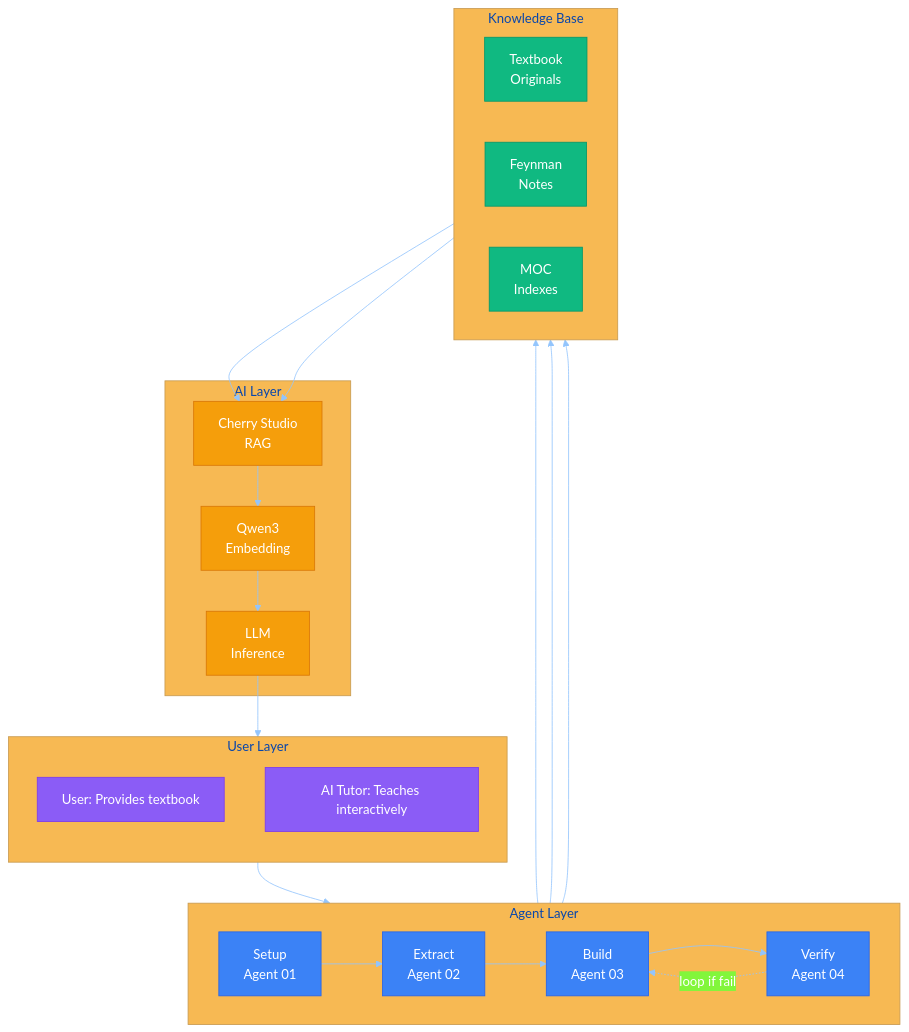
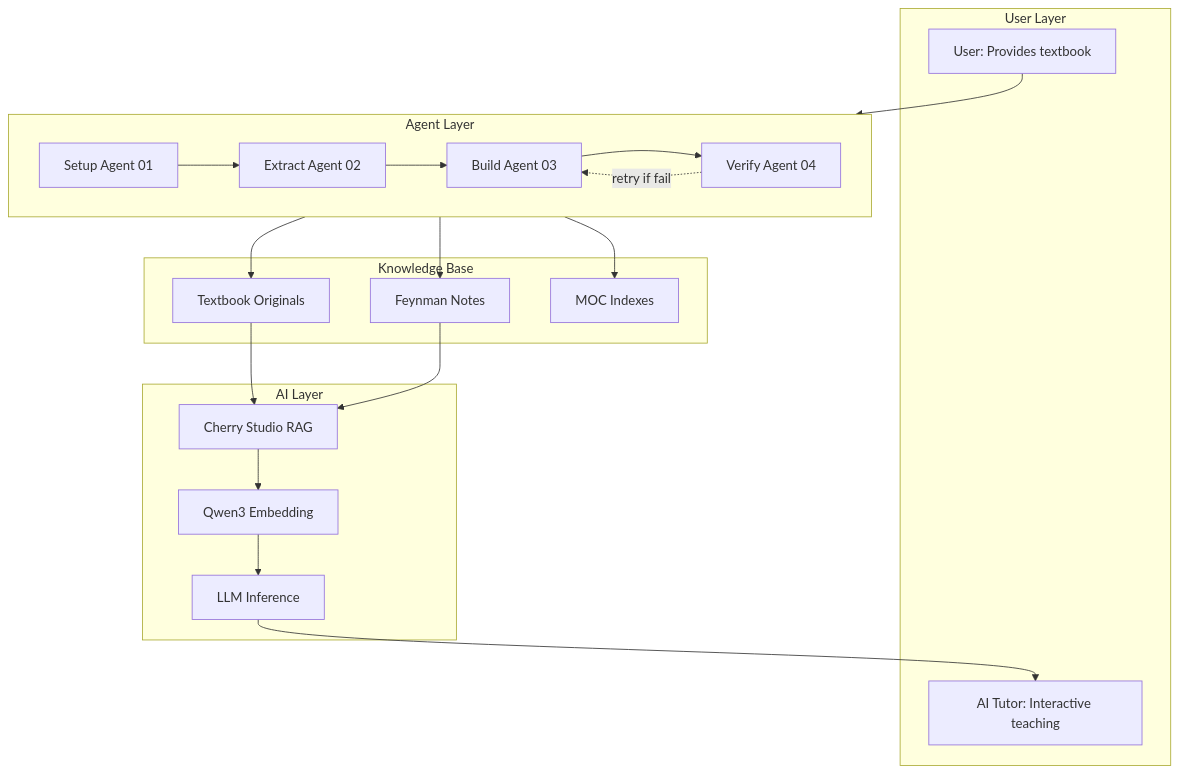
Before and after one commit to 3229218431/FeynFlow: the eighth of 8 diagrams in README.md, drawn with Mermaid. The commit also changed other lines of this file, not shown here.

Commit message:
Simplify all chart colors: remove init styling, remove classDef, remove subgraphs, remove color legend. Clean readable default Mermaid themes.

````diff
--- a/README.md
+++ b/README.md
@@ -429,41 +373,31 @@
 ```mermaid
-%%{init: {'theme':'base','themeVariables': {'primaryColor': '#3B82F6','primaryTextColor': '#fff','lineColor': '#93C5FD'}}}%%
 flowchart TB
-    subgraph UserLayer[User Layer]
-        direction TB
-        U1[User: Provides textbook]:::user
-        U2[AI Tutor: Teaches interactively]:::user
+    subgraph User[User Layer]
+        U1[User: Provides textbook]
+        U2[AI Tutor: Interactive teaching]
     end
-    subgraph AgentLayer[Agent Layer]
+    subgraph Agent[Agent Layer]
         direction LR
-        A1[Setup<br>Agent 01]:::agent --> A2[Extract<br>Agent 02]:::agent
-        A2 --> A3[Build<br>Agent 03]:::agent
-        A3 --> A4[Verify<br>Agent 04]:::agent
-        A4 -.->|loop if fail| A3
+        A1[Setup Agent 01] --> A2[Extract Agent 02]
+        A2 --> A3[Build Agent 03]
+        A3 --> A4[Verify Agent 04]
+        A4 -.->|retry if fail| A3
     end
-    subgraph StorageLayer[Knowledge Base]
-        direction LR
-        S1[Textbook<br>Originals]:::store
-        S2[Feynman<br>Notes]:::store
-        S3[MOC<br>Indexes]:::store
+    subgraph Storage[Knowledge Base]
+        S1[Textbook Originals]
+        S2[Feynman Notes]
+        S3[MOC Indexes]
     end
-    subgraph AILayer[AI Layer]
-        D1[Cherry Studio<br>RAG]:::ai
-        D2[Qwen3<br>Embedding]:::ai
-        D3[LLM<br>Inference]:::ai
-        D1 --> D2 --> D3
+    subgraph AI[AI Layer]
+        D1[Cherry Studio RAG] --> D2[Qwen3 Embedding]
+        D2 --> D3[LLM Inference]
     end
     
     U1 --> A1
     A2 --> S1
     A3 --> S2
     A3 --> S3
     S1 --> D1
     S2 --> D1
     D3 --> U2
-
-    classDef user fill:#8B5CF6,stroke:#7C3AED,color:#fff
-    classDef agent fill:#3B82F6,stroke:#2563EB,color:#fff
-    classDef store fill:#10B981,stroke:#059669,color:#fff
-    classDef ai fill:#F59E0B,stroke:#D97706,color:#fff
 ```
````
